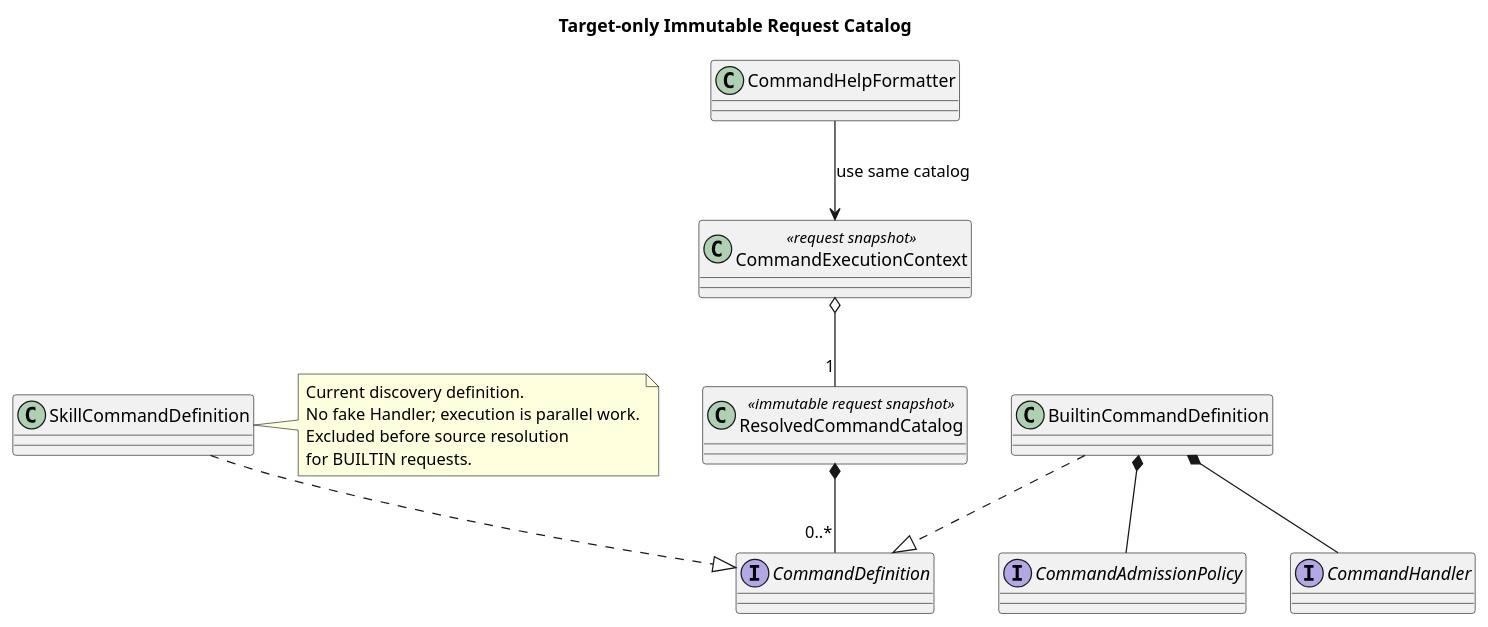
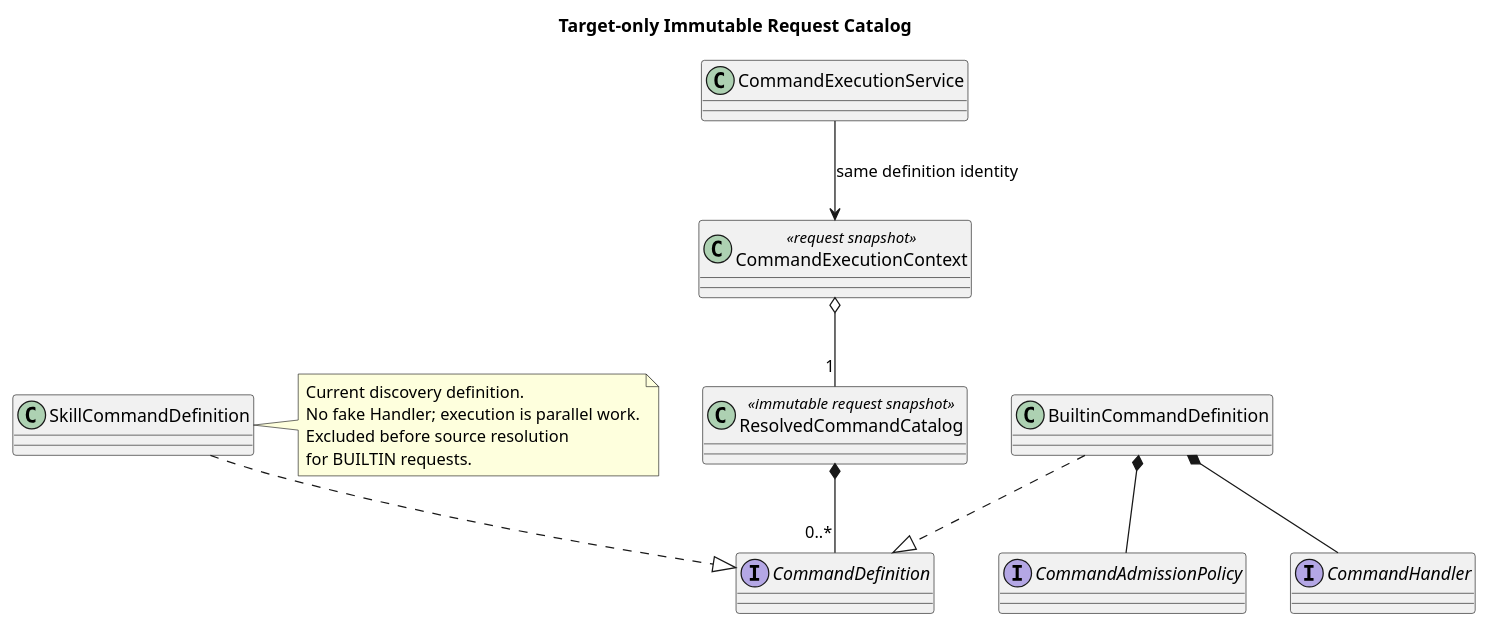
The second of 3 diagrams in 04-命令与技能/00-Slash-Command通用模块/设计图/diagram.puml (ssm0808/pi-mono-java-design), drawn with PlantUML before and after one commit. The commit also changed 21 other files, not shown here.

Commit message:
docs(command): 确认 Help 元数据指南并同步 Runtime 契约

```diff
--- a/04-命令与技能/00-Slash-Command通用模块/设计图/diagram.puml
+++ b/04-命令与技能/00-Slash-Command通用模块/设计图/diagram.puml
@@ -43,27 +43,27 @@
 @startuml target_command_resolution_classes
 title Target-only Immutable Request Catalog
 ' Source evidence: pi-mono-java@0bb794f2 modules/coding-agent-cli/src/main/java/com/campusclaw/codingagent/runtimeapi/command/ResolvedCommandCatalog.java.
-' Design reason: list, help, admission, and dispatch share definition identity; writes recheck mutable state under locks.
+' Design reason: catalog, admission, and dispatch share definition identity; Help content uses Agent metadata instead.
 skinparam shadowing false
 interface CommandDefinition
 class BuiltinCommandDefinition
 class SkillCommandDefinition
 interface CommandHandler
 interface CommandAdmissionPolicy
 class ResolvedCommandCatalog <<immutable request snapshot>>
 class CommandExecutionContext <<request snapshot>>
-class CommandHelpFormatter
+class CommandExecutionService
 BuiltinCommandDefinition ..|> CommandDefinition
 SkillCommandDefinition ..|> CommandDefinition
 BuiltinCommandDefinition *-- CommandHandler
 BuiltinCommandDefinition *-- CommandAdmissionPolicy
 ResolvedCommandCatalog *-- "0..*" CommandDefinition
 CommandExecutionContext o-- "1" ResolvedCommandCatalog
-CommandHelpFormatter --> CommandExecutionContext : use same catalog
+CommandExecutionService --> CommandExecutionContext : same definition identity
 note right of SkillCommandDefinition
 Current discovery definition.
 No fake Handler; execution is parallel work.
 Excluded before source resolution
 for BUILTIN requests.
 end note
 @enduml
```
